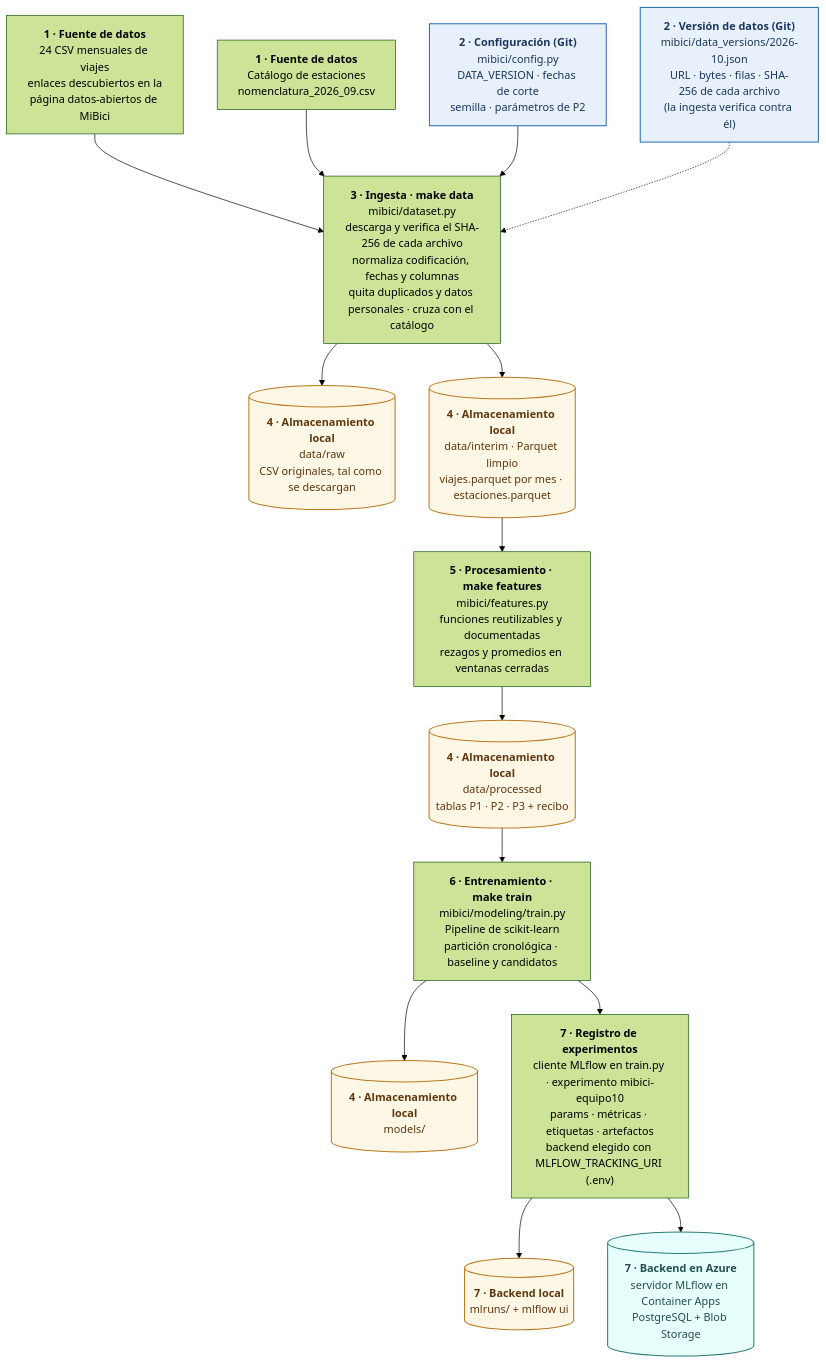
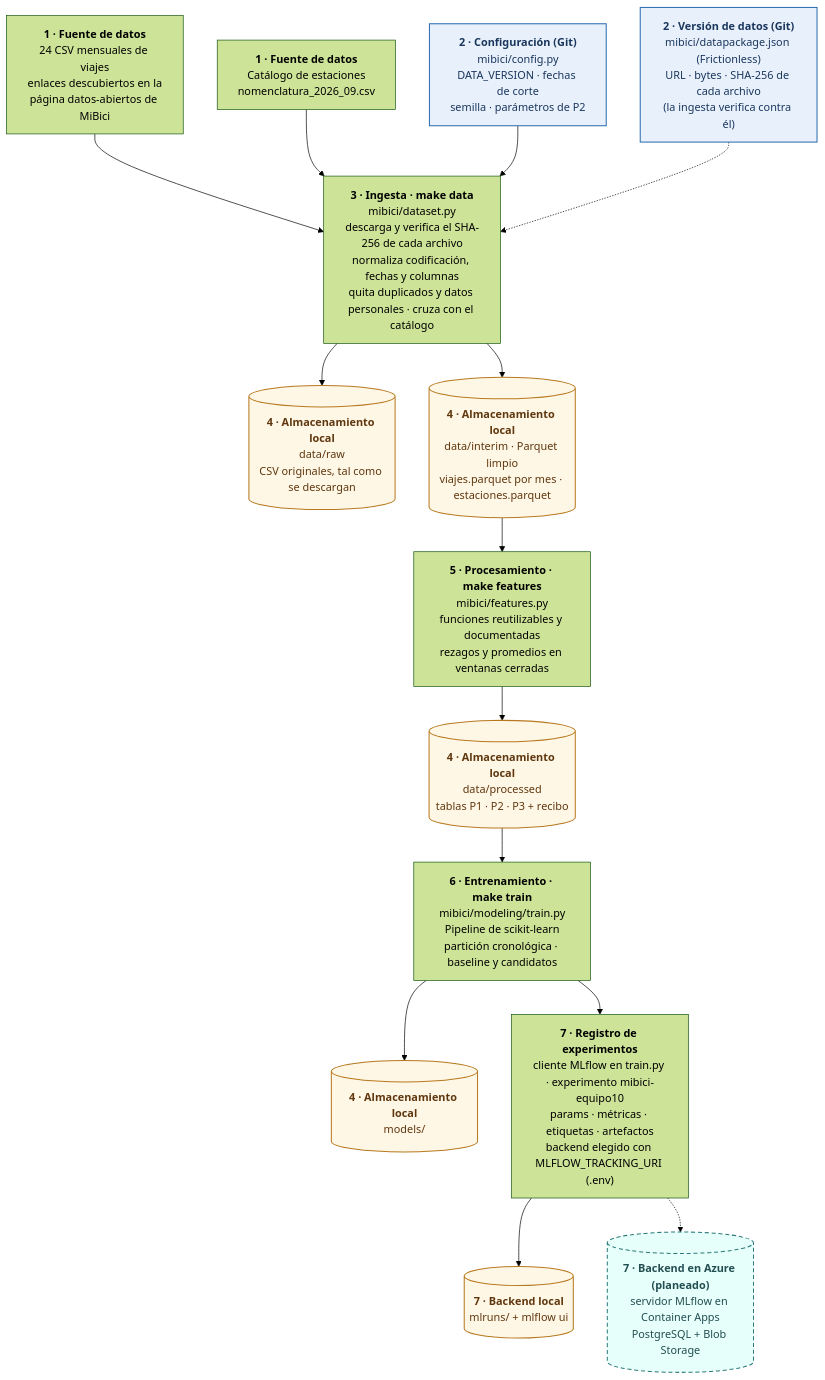
One commit to WillSagzz/TC5061-Proyecto-Equipo10 changed the diagram in references/arquitectura.mmd. Above: the diagram before and after it, drawn with Mermaid (forest theme). The commit also changed 12 other files, not shown here.

First line of the commit message:
docs(entregas): adopta datapackage.json para versionar datos y deja Azure como plan

```diff
--- a/references/arquitectura.mmd
+++ b/references/arquitectura.mmd
@@ -1,43 +1,43 @@
 %% Arquitectura del sistema · Proyecto MiBici · TC5061 Equipo 10
 %% Fuente de la Figura 2 de la Entrega 01. Se exporta a arquitectura.png con mermaid-cli (ver docs/entregas/entrega01/README.md).
-%% Colores: azul = versionado en Git · naranja = almacenamiento local fuera de Git · verde = servicio en Azure.
+%% Colores: azul = versionado en Git · naranja = almacenamiento local fuera de Git · verde punteado = servidor en Azure planeado.
 flowchart TB
 
   CSV["<b>1 · Fuente de datos</b><br/>24 CSV mensuales de viajes<br/>enlaces descubiertos en la<br/>página datos-abiertos de MiBici"]
   NOM["<b>1 · Fuente de datos</b><br/>Catálogo de estaciones<br/>nomenclatura_2026_09.csv"]
   CFG["<b>2 · Configuración (Git)</b><br/>mibici/config.py<br/>DATA_VERSION · fechas de corte<br/>semilla · parámetros de P2"]
-  MAN["<b>2 · Versión de datos (Git)</b><br/>mibici/data_versions/2026-10.json<br/>URL · bytes · filas · SHA-256 de cada archivo<br/>(la ingesta verifica contra él)"]
+  MAN["<b>2 · Versión de datos (Git)</b><br/>mibici/datapackage.json (Frictionless)<br/>URL · bytes · SHA-256 de cada archivo<br/>(la ingesta verifica contra él)"]
 
   INGEST["<b>3 · Ingesta · make data</b><br/>mibici/dataset.py<br/>descarga y verifica el SHA-256 de cada archivo<br/>normaliza codificación, fechas y columnas<br/>quita duplicados y datos personales · cruza con el catálogo"]
 
   RAW[("<b>4 · Almacenamiento local</b><br/>data/raw<br/>CSV originales, tal como se descargan")]
   INTERIM[("<b>4 · Almacenamiento local</b><br/>data/interim · Parquet limpio<br/>viajes.parquet por mes · estaciones.parquet")]
 
   FEAT["<b>5 · Procesamiento · make features</b><br/>mibici/features.py<br/>funciones reutilizables y documentadas<br/>rezagos y promedios en ventanas cerradas"]
   PROC[("<b>4 · Almacenamiento local</b><br/>data/processed<br/>tablas P1 · P2 · P3 + recibo")]
 
   TRAIN["<b>6 · Entrenamiento · make train</b><br/>mibici/modeling/train.py<br/>Pipeline de scikit-learn<br/>partición cronológica · baseline y candidatos"]
   MODELS[("<b>4 · Almacenamiento local</b><br/>models/")]
 
   CLIENT["<b>7 · Registro de experimentos</b><br/>cliente MLflow en train.py · experimento mibici-equipo10<br/>params · métricas · etiquetas · artefactos<br/>backend elegido con MLFLOW_TRACKING_URI (.env)"]
   LOCAL[("<b>7 · Backend local</b><br/>mlruns/ + mlflow ui")]
-  AZURE[("<b>7 · Backend en Azure</b><br/>servidor MLflow en Container Apps<br/>PostgreSQL + Blob Storage")]
+  AZURE[("<b>7 · Backend en Azure (planeado)</b><br/>servidor MLflow en Container Apps<br/>PostgreSQL + Blob Storage")]
 
   CSV --> INGEST
   NOM --> INGEST
   CFG --> INGEST
   MAN -.-> INGEST
   INGEST --> RAW
   INGEST --> INTERIM
   INTERIM --> FEAT --> PROC --> TRAIN
   TRAIN --> MODELS
   TRAIN --> CLIENT
   CLIENT --> LOCAL
-  CLIENT --> AZURE
+  CLIENT -.-> AZURE
 
   classDef git fill:#e8f1fb,stroke:#2b6cb0,stroke-width:1.5px,color:#1a365d
   classDef local fill:#fff7e6,stroke:#b7791f,stroke-width:1.5px,color:#5f370e
-  classDef cloud fill:#e6fffa,stroke:#2c7a7b,stroke-width:1.5px,color:#234e52
+  classDef cloud fill:#e6fffa,stroke:#2c7a7b,stroke-width:1.5px,color:#234e52,stroke-dasharray:6 4
   class CFG,MAN git
   class RAW,INTERIM,PROC,MODELS,LOCAL local
   class AZURE cloud
```
